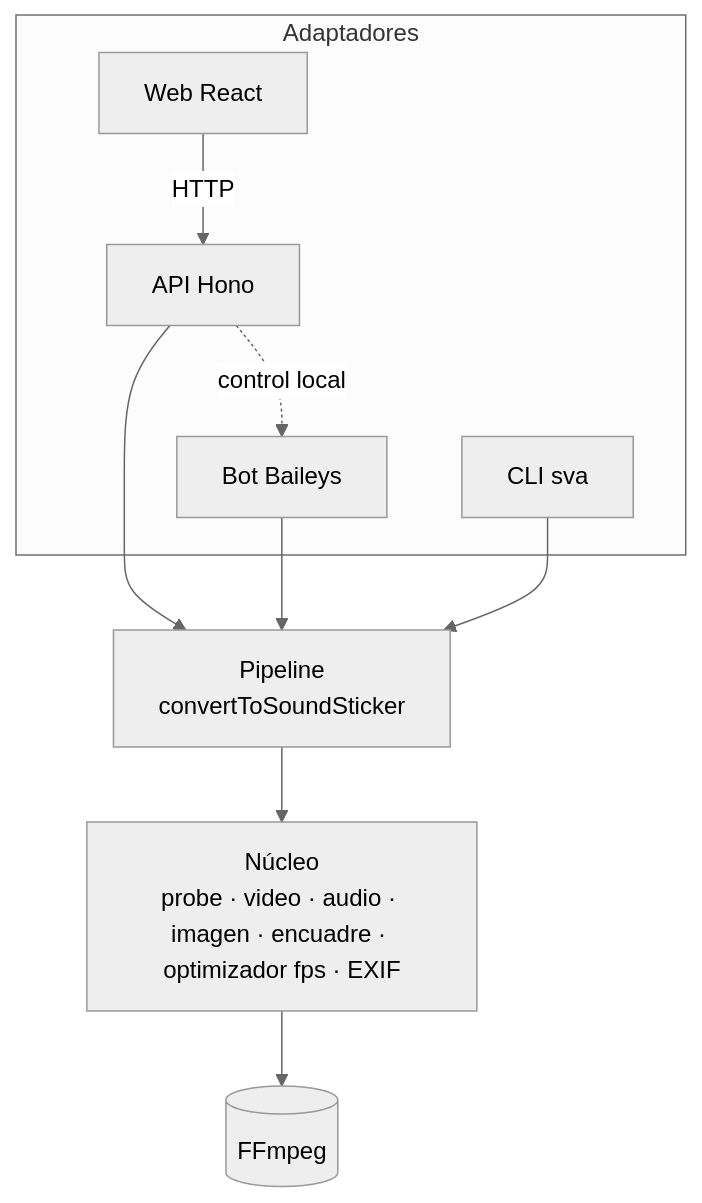
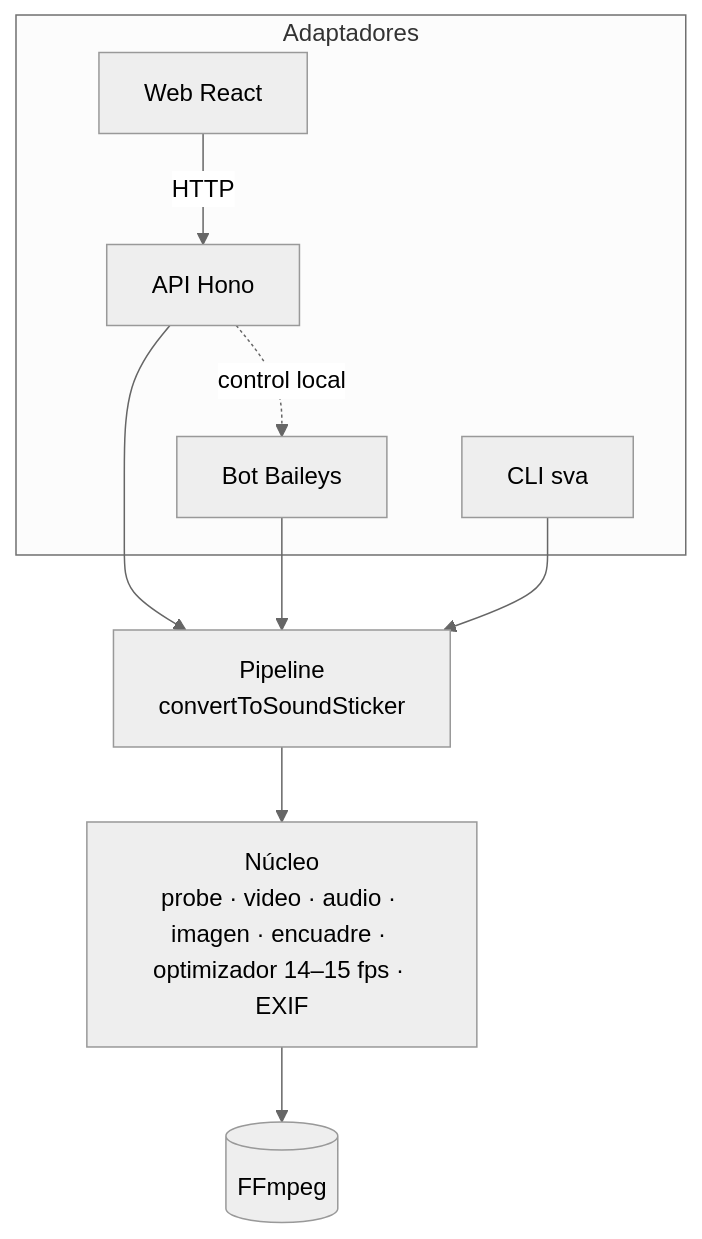
The second of 2 diagrams in README.md (IsrraDex36/Estampido-V1), drawn with Mermaid (neutral theme) before and after one commit. The commit also changed other lines of this file and 15 other files, not shown here.

````diff
--- a/README.md
+++ b/README.md
@@ -194,14 +194,14 @@
 ```mermaid
 flowchart TB
     subgraph Adaptadores
       WEB[Web React] -->|HTTP| API[API Hono]
       BOT[Bot Baileys]
       CLI[CLI sva]
     end
     API --> PIPE[Pipeline<br/>convertToSoundSticker]
     BOT --> PIPE
     CLI --> PIPE
-    PIPE --> CORE[Núcleo<br/>probe · video · audio · imagen · encuadre · optimizador fps · EXIF]
+    PIPE --> CORE[Núcleo<br/>probe · video · audio · imagen · encuadre · optimizador 14–15 fps · EXIF]
     CORE --> FF[(FFmpeg)]
     API -.control local.-> BOT
 ```
````
